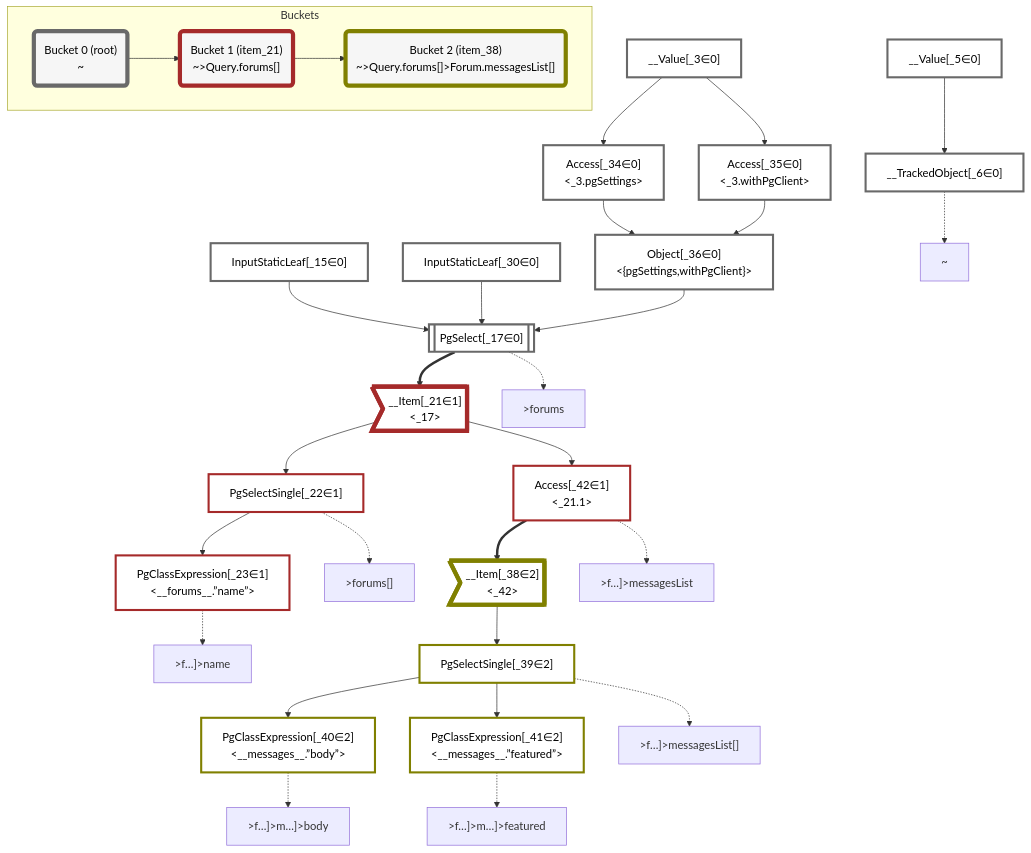
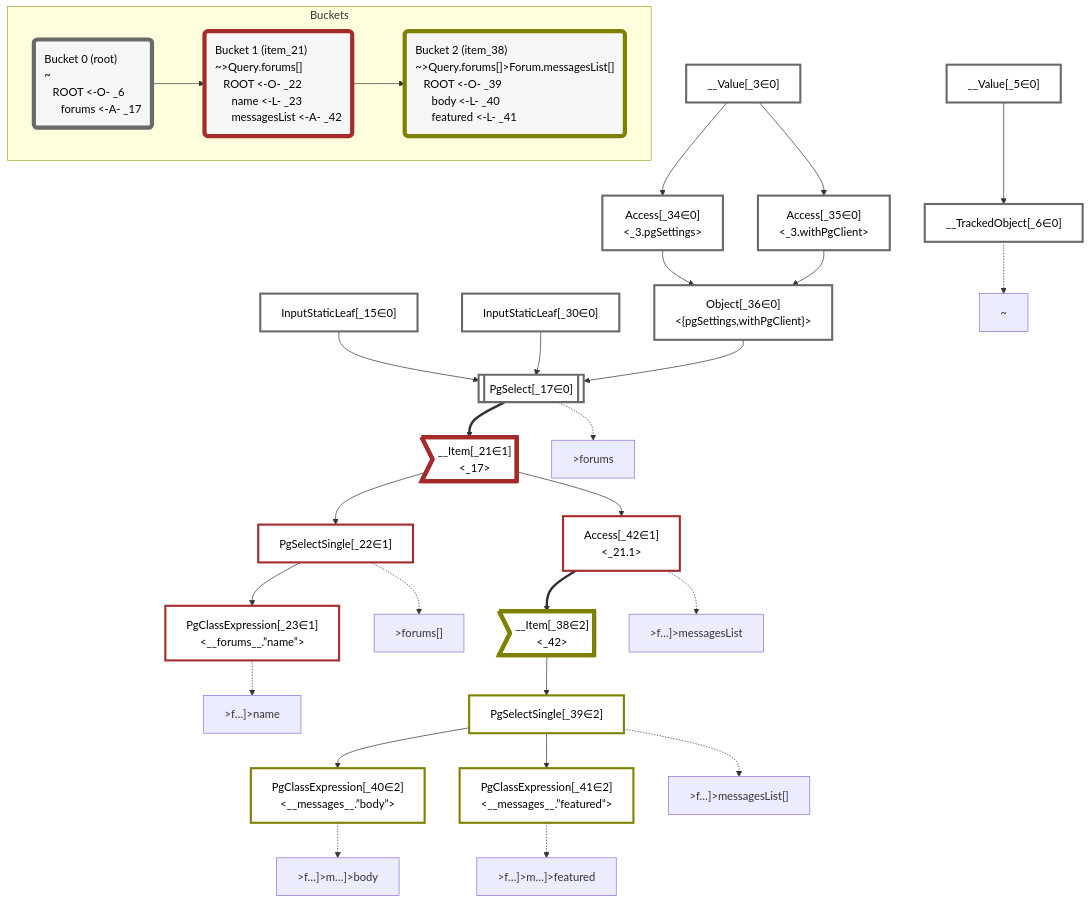
Before and after one commit to graphile/crystal: the diagram in packages/dataplan-pg/__tests__/queries/conditions/complex-filter.mermaid.md, drawn with Mermaid. The commit also changed 195 other files, not shown here.

```diff
--- a/packages/dataplan-pg/__tests__/queries/conditions/complex-filter.mermaid.md
+++ b/packages/dataplan-pg/__tests__/queries/conditions/complex-filter.mermaid.md
@@ -4,7 +4,7 @@
     classDef plan fill:#fff,stroke-width:3px,color:#000
     classDef itemplan fill:#fff,stroke-width:6px,color:#000
     classDef sideeffectplan fill:#f00,stroke-width:6px,color:#000
-    classDef bucket fill:#f6f6f6,color:#000,stroke-width:6px
+    classDef bucket fill:#f6f6f6,color:#000,stroke-width:6px,text-align:left
 
 
     %% define plans
@@ -71,12 +71,12 @@
     class __Item_38,PgSelectSingle_39,PgClassExpression_40,PgClassExpression_41 bucket2
 
     subgraph Buckets
-    Bucket0("Bucket 0 (root)<br />~"):::bucket
+    Bucket0("Bucket 0 (root)<br />~<br />⠀ROOT <-O- _6<br />⠀⠀forums <-A- _17"):::bucket
     style Bucket0 stroke:#696969
-    Bucket1("Bucket 1 (item_21)<br />~>Query.forums[]"):::bucket
+    Bucket1("Bucket 1 (item_21)<br />~>Query.forums[]<br />⠀ROOT <-O- _22<br />⠀⠀name <-L- _23<br />⠀⠀messagesList <-A- _42"):::bucket
     style Bucket1 stroke:#a52a2a
     Bucket0 --> Bucket1
-    Bucket2("Bucket 2 (item_38)<br />~>Query.forums[]>Forum.messagesList[]"):::bucket
+    Bucket2("Bucket 2 (item_38)<br />~>Query.forums[]>Forum.messagesList[]<br />⠀ROOT <-O- _39<br />⠀⠀body <-L- _40<br />⠀⠀featured <-L- _41"):::bucket
     style Bucket2 stroke:#808000
     Bucket1 --> Bucket2
     end
```
